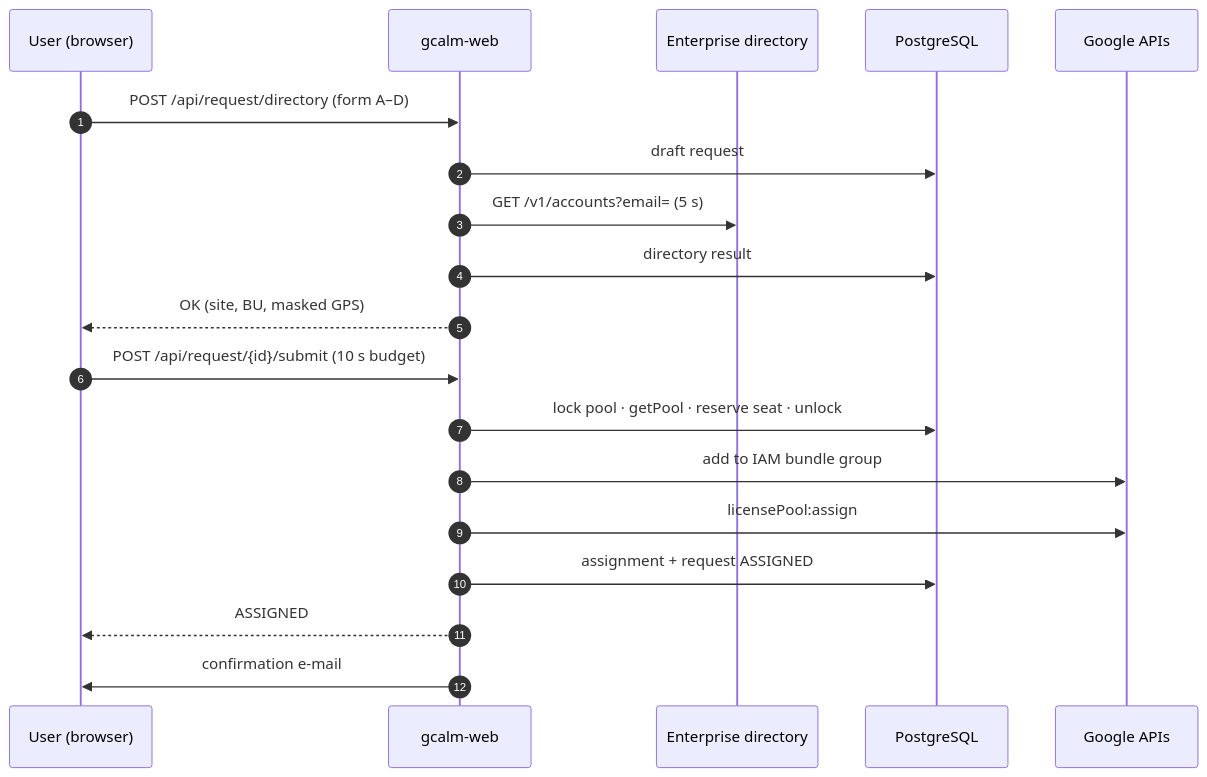
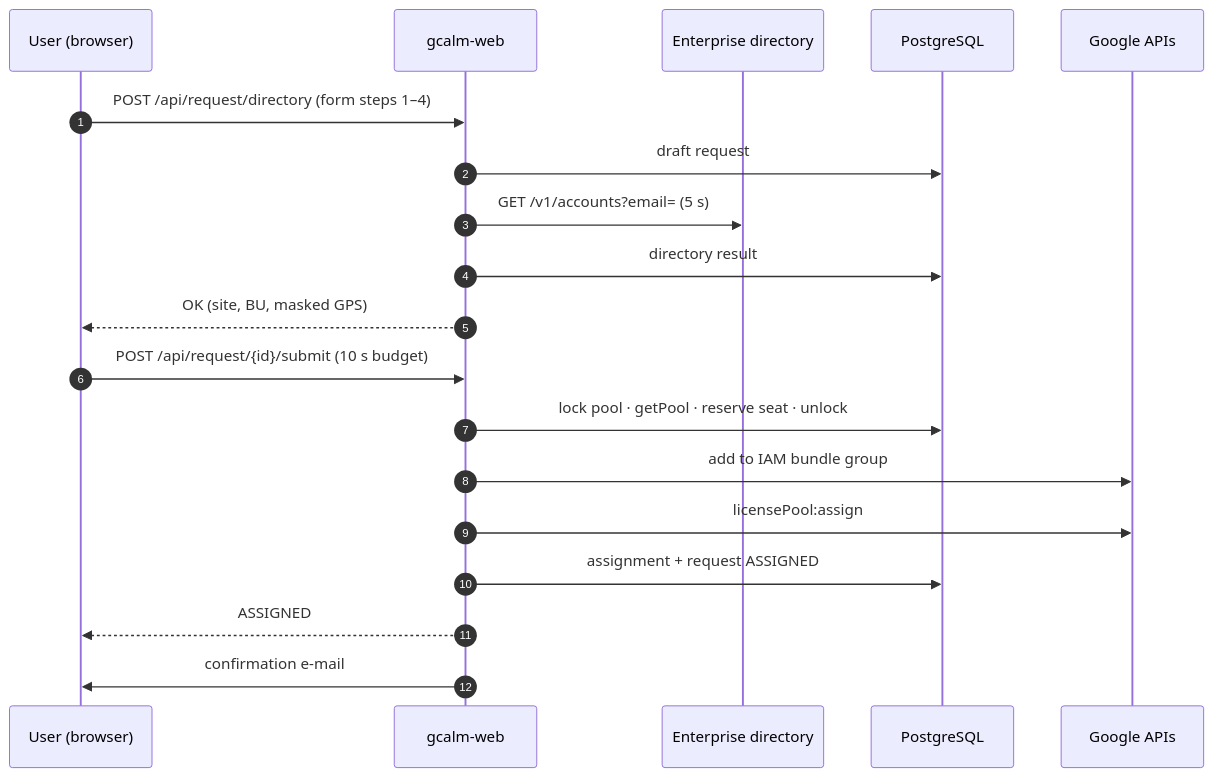
The diagram in docs/wiki/Architecture.md (francoisgn/gcp-gca-lic-mgmt), drawn with Mermaid before and after one commit. The commit also changed 13 other files, not shown here.

````diff
--- a/docs/wiki/Architecture.md
+++ b/docs/wiki/Architecture.md
@@ -72,21 +72,21 @@
 ```mermaid
 sequenceDiagram
   autonumber
   participant U as User (browser)
   participant W as gcalm-web
   participant ED as Enterprise directory
   participant DB as PostgreSQL
   participant G as Google APIs
-  U->>W: POST /api/request/directory (form A–D)
+  U->>W: POST /api/request/directory (form steps 1–4)
   W->>DB: draft request
   W->>ED: GET /v1/accounts?email= (5 s)
   W->>DB: directory result
   W-->>U: OK (site, BU, masked GPS)
   U->>W: POST /api/request/{id}/submit (10 s budget)
   W->>DB: lock pool · getPool · reserve seat · unlock
   W->>G: add to IAM bundle group
   W->>G: licensePool:assign
   W->>DB: assignment + request ASSIGNED
   W-->>U: ASSIGNED
   W->>U: confirmation e-mail
 ```
````
